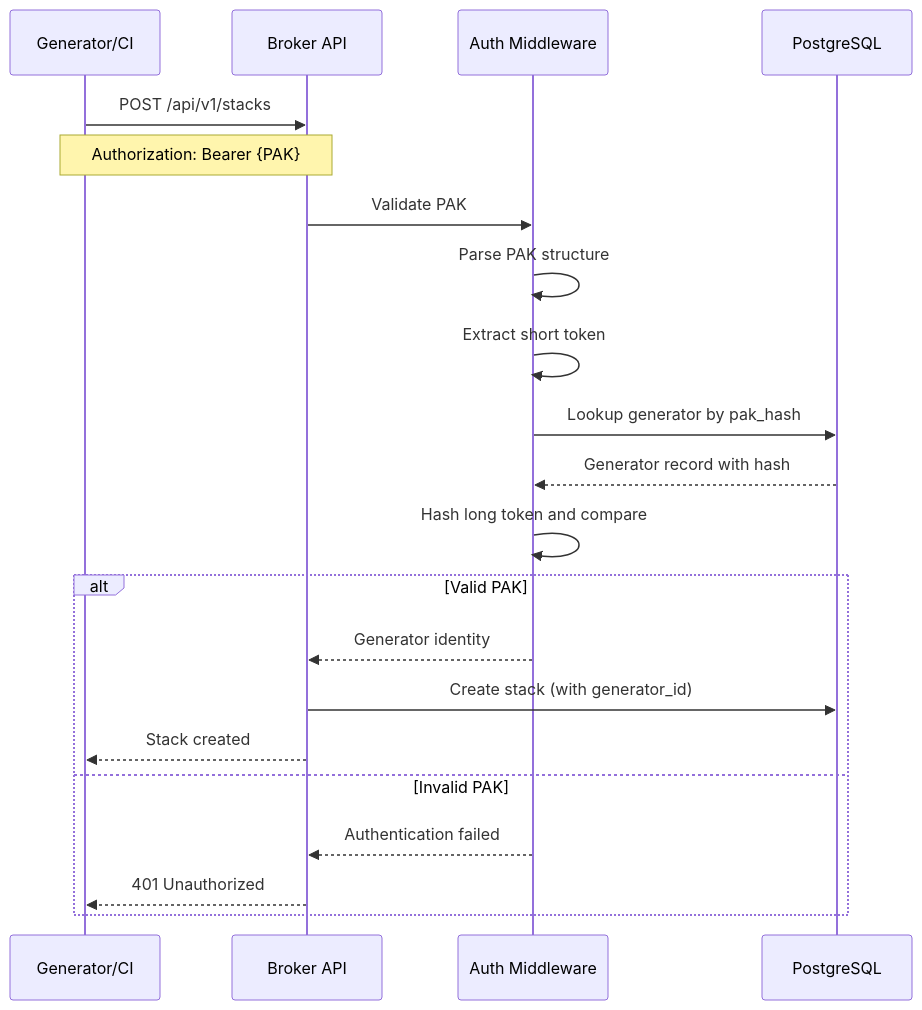
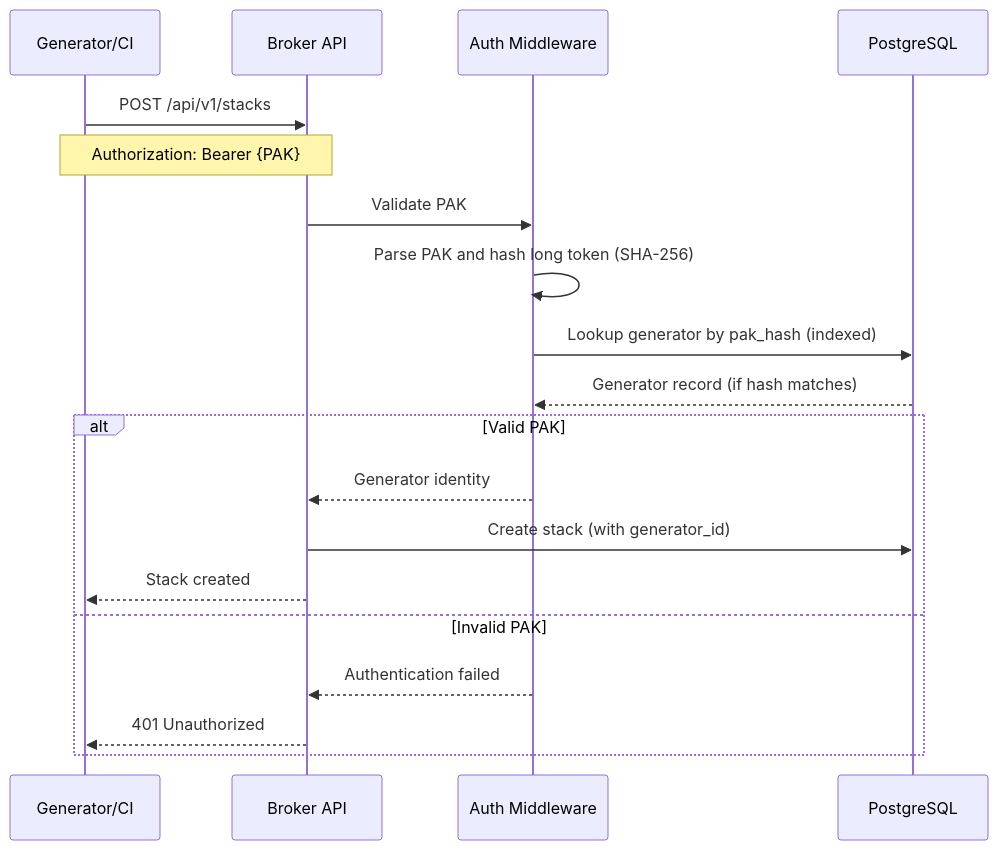
Before and after one commit to colliery-io/brokkr: the tenth of 11 diagrams in docs/src/explanation/data-flows.md, drawn with Mermaid. The commit also changed other lines of this file and 178 other files, not shown here.

````diff
--- a/docs/src/explanation/data-flows.md
+++ b/docs/src/explanation/data-flows.md
@@ -389,26 +385,24 @@
 ```mermaid
 sequenceDiagram
     participant Generator as Generator/CI
     participant Broker as Broker API
     participant Auth as Auth Middleware
     participant DB as PostgreSQL
 
     Generator->>Broker: POST /api/v1/stacks
     Note over Generator,Broker: Authorization: Bearer {PAK}
 
     Broker->>Auth: Validate PAK
-    Auth->>Auth: Parse PAK structure
-    Auth->>Auth: Extract short token
-    Auth->>DB: Lookup generator by pak_hash
-    DB-->>Auth: Generator record with hash
-    Auth->>Auth: Hash long token and compare
+    Auth->>Auth: Parse PAK and hash long token (SHA-256)
+    Auth->>DB: Lookup generator by pak_hash (indexed)
+    DB-->>Auth: Generator record (if hash matches)
 
     alt Valid PAK
         Auth-->>Broker: Generator identity
         Broker->>DB: Create stack (with generator_id)
         Broker-->>Generator: Stack created
     else Invalid PAK
         Auth-->>Broker: Authentication failed
         Broker-->>Generator: 401 Unauthorized
     end
 ```
````
